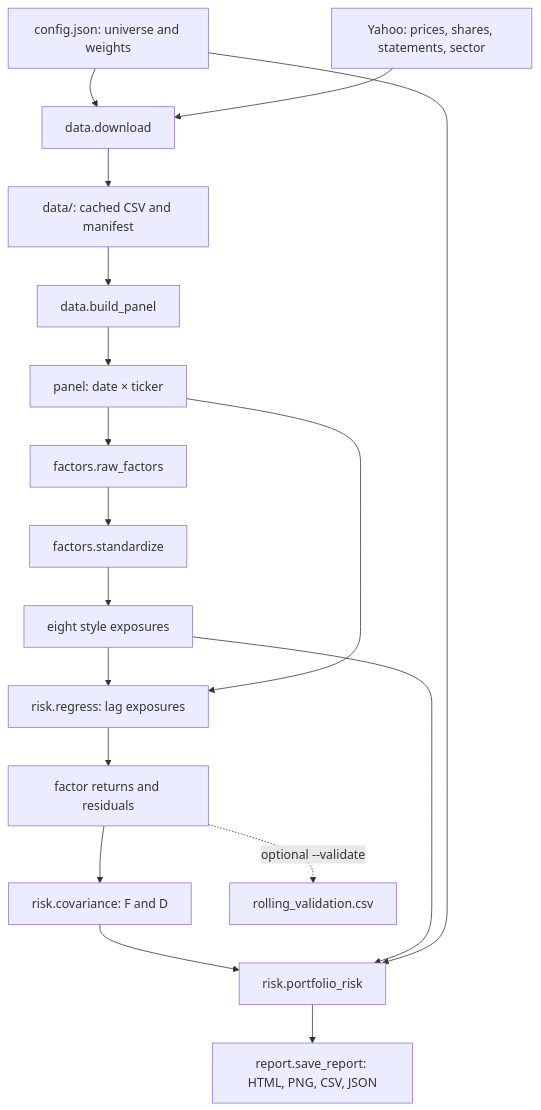
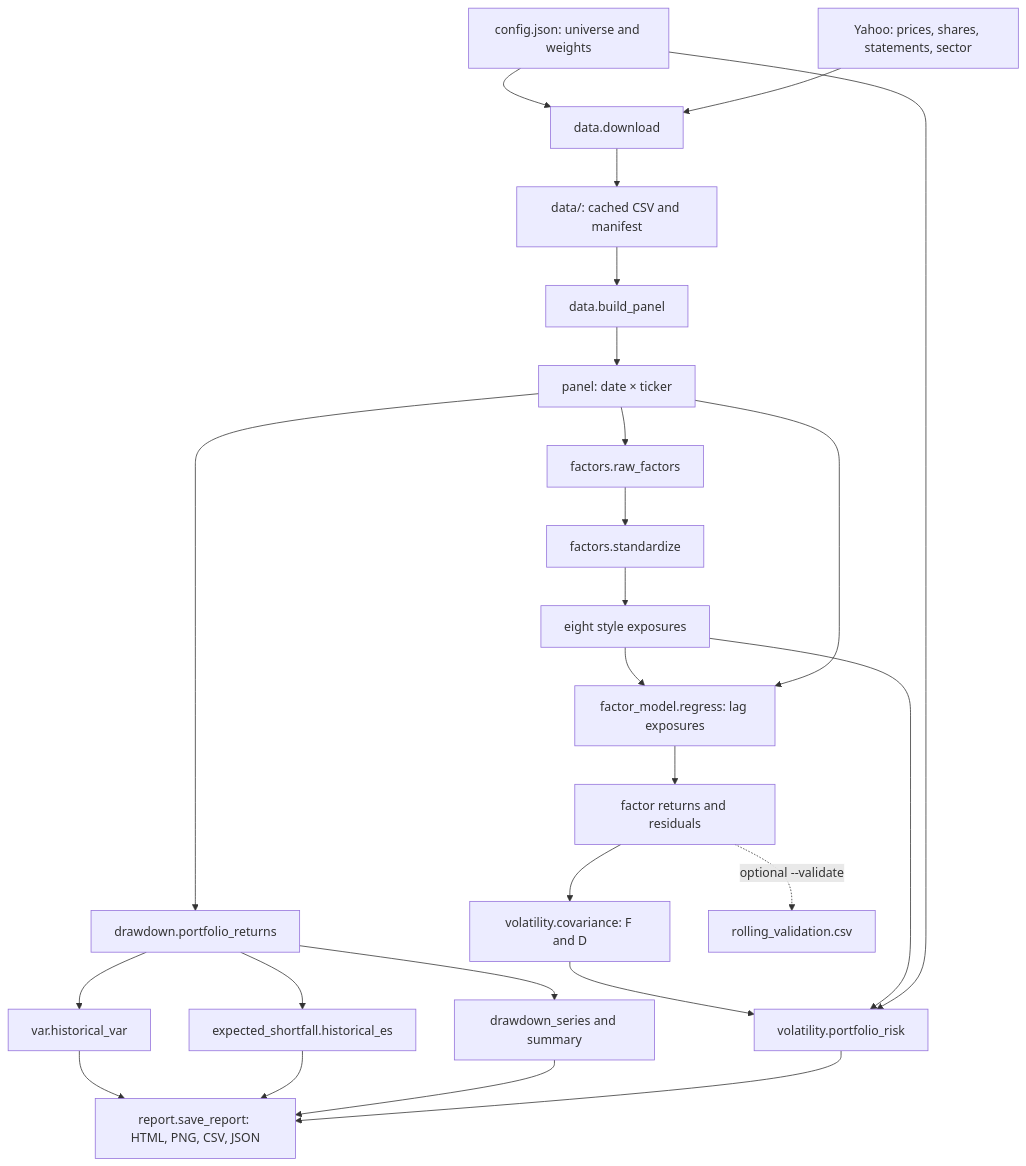
Before and after one commit to ellenywang123-arch/Equity-Factor-Risk: the diagram in README.md, drawn with Mermaid. The commit also changed other lines of this file and 9 other files, not shown here.

Commit message:
Split risk into five modules; add historical VaR, exact-tail ES and simulated drawdown

````diff
--- a/README.md
+++ b/README.md
@@ -71,20 +73,27 @@
 ```mermaid
 flowchart TD
     C[config.json: universe and weights] --> D[data.download]
     Y[Yahoo: prices, shares, statements, sector] --> D
     D --> A[data/: cached CSV and manifest]
     A --> P[data.build_panel]
     P --> R[panel: date × ticker]
     R --> F[factors.raw_factors]
     F --> Z[factors.standardize]
     Z --> X[eight style exposures]
-    X --> G[risk.regress: lag exposures]
+    X --> G[factor_model.regress: lag exposures]
     R --> G
+    R --> PR[drawdown.portfolio_returns]
+    PR --> VR[var.historical_var]
+    PR --> ES[expected_shortfall.historical_es]
+    PR --> DD[drawdown_series and summary]
+    VR --> H
+    ES --> H
+    DD --> H
     G --> E[factor returns and residuals]
-    E --> V[risk.covariance: F and D]
-    V --> Q[risk.portfolio_risk]
+    E --> V[volatility.covariance: F and D]
+    V --> Q[volatility.portfolio_risk]
     X --> Q
     C --> Q
     Q --> H[report.save_report: HTML, PNG, CSV, JSON]
     E -. optional --validate .-> T[rolling_validation.csv]
 ```
````
